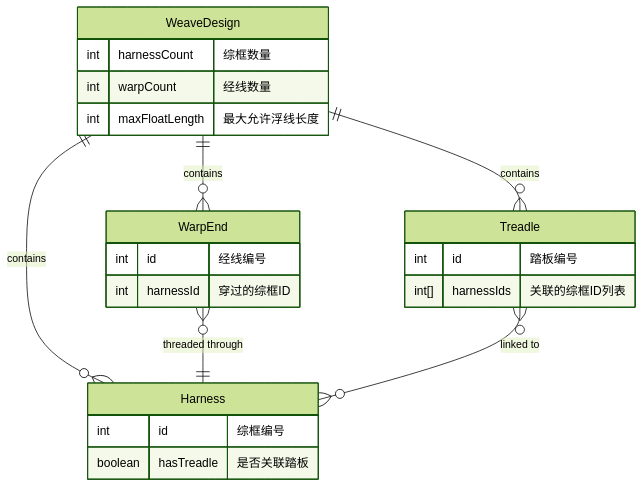
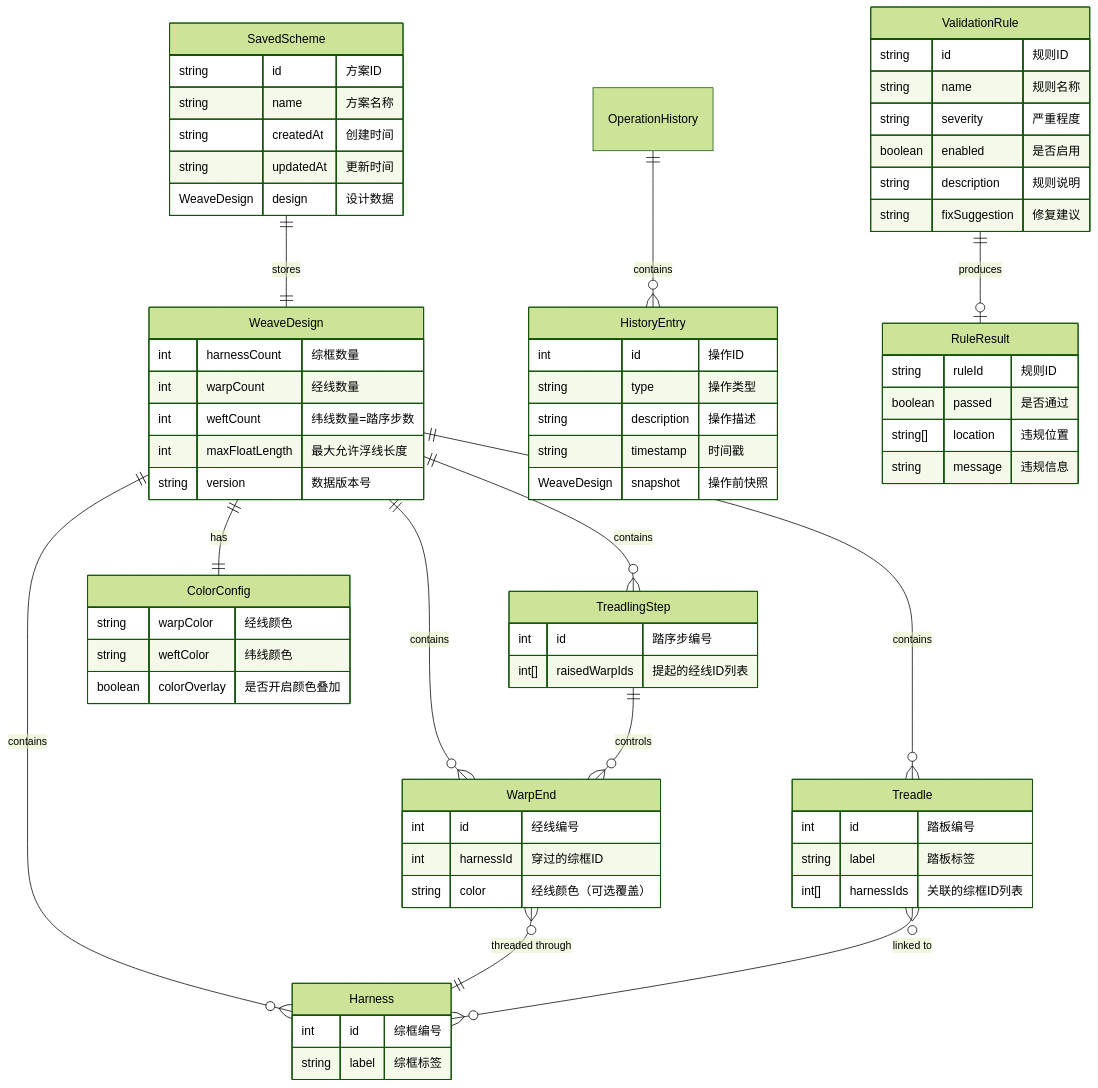
Before and after one commit to wanfengfengii-ctrl/lf-41: the second of 2 diagrams in .trae/documents/tech-architecture.md, drawn with Mermaid (forest theme). The commit also changed other lines of this file and 1 other file, not shown here.

````diff
--- a/.trae/documents/tech-architecture.md
+++ b/.trae/documents/tech-architecture.md
@@ -63,29 +125,82 @@
 ```mermaid
 erDiagram
     "WeaveDesign" ||--o{ "Harness" : contains
     "WeaveDesign" ||--o{ "WarpEnd" : contains
     "WeaveDesign" ||--o{ "Treadle" : contains
+    "WeaveDesign" ||--o{ "TreadlingStep" : contains
+    "WeaveDesign" ||--|| "ColorConfig" : has
     "WarpEnd" }o--|| "Harness" : "threaded through"
     "Treadle" }o--o{ "Harness" : "linked to"
+    "TreadlingStep" ||--o{ "WarpEnd" : "controls"
+    "SavedScheme" ||--|| "WeaveDesign" : "stores"
+    "OperationHistory" ||--o{ "HistoryEntry" : "contains"
+    "ValidationRule" ||--o| "RuleResult" : "produces"
 
     WeaveDesign {
         int harnessCount "综框数量"
         int warpCount "经线数量"
+        int weftCount "纬线数量=踏序步数"
         int maxFloatLength "最大允许浮线长度"
+        string version "数据版本号"
     }
 
     Harness {
         int id "综框编号"
-        boolean hasTreadle "是否关联踏板"
+        string label "综框标签"
     }
 
     WarpEnd {
         int id "经线编号"
         int harnessId "穿过的综框ID"
+        string color "经线颜色（可选覆盖）"
     }
 
     Treadle {
         int id "踏板编号"
+        string label "踏板标签"
         int[] harnessIds "关联的综框ID列表"
     }
+
+    TreadlingStep {
+        int id "踏序步编号"
+        int[] raisedWarpIds "提起的经线ID列表"
+    }
+
+    ColorConfig {
+        string warpColor "经线颜色"
+        string weftColor "纬线颜色"
+        boolean colorOverlay "是否开启颜色叠加"
+    }
+
+    SavedScheme {
+        string id "方案ID"
+        string name "方案名称"
+        string createdAt "创建时间"
+        string updatedAt "更新时间"
+        WeaveDesign design "设计数据"
+    }
+
+    HistoryEntry {
+        int id "操作ID"
+        string type "操作类型"
+        string description "操作描述"
+        string timestamp "时间戳"
+        WeaveDesign snapshot "操作前快照"
+    }
+
+    ValidationRule {
+        string id "规则ID"
+        string name "规则名称"
+        string severity "严重程度"
+        boolean enabled "是否启用"
+        string description "规则说明"
+        string fixSuggestion "修复建议"
+    }
+
+    RuleResult {
+        string ruleId "规则ID"
+        boolean passed "是否通过"
+        string[] location "违规位置"
+        string message "违规信息"
+    }
 ```
````
